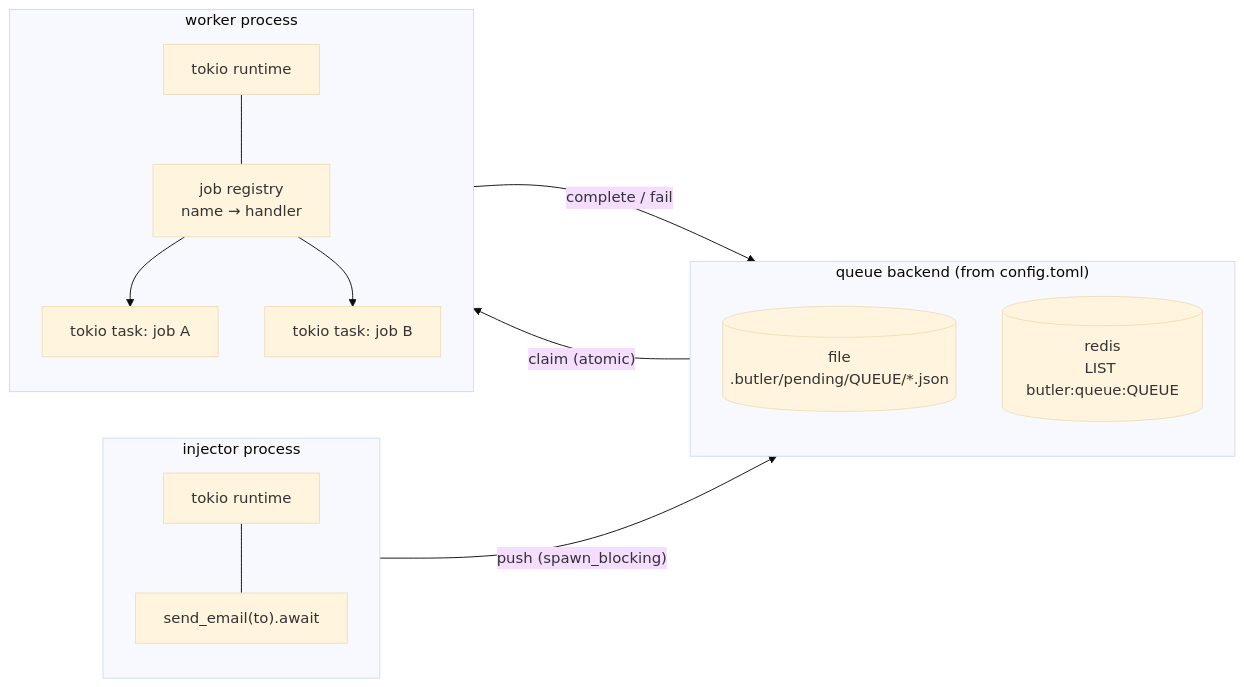
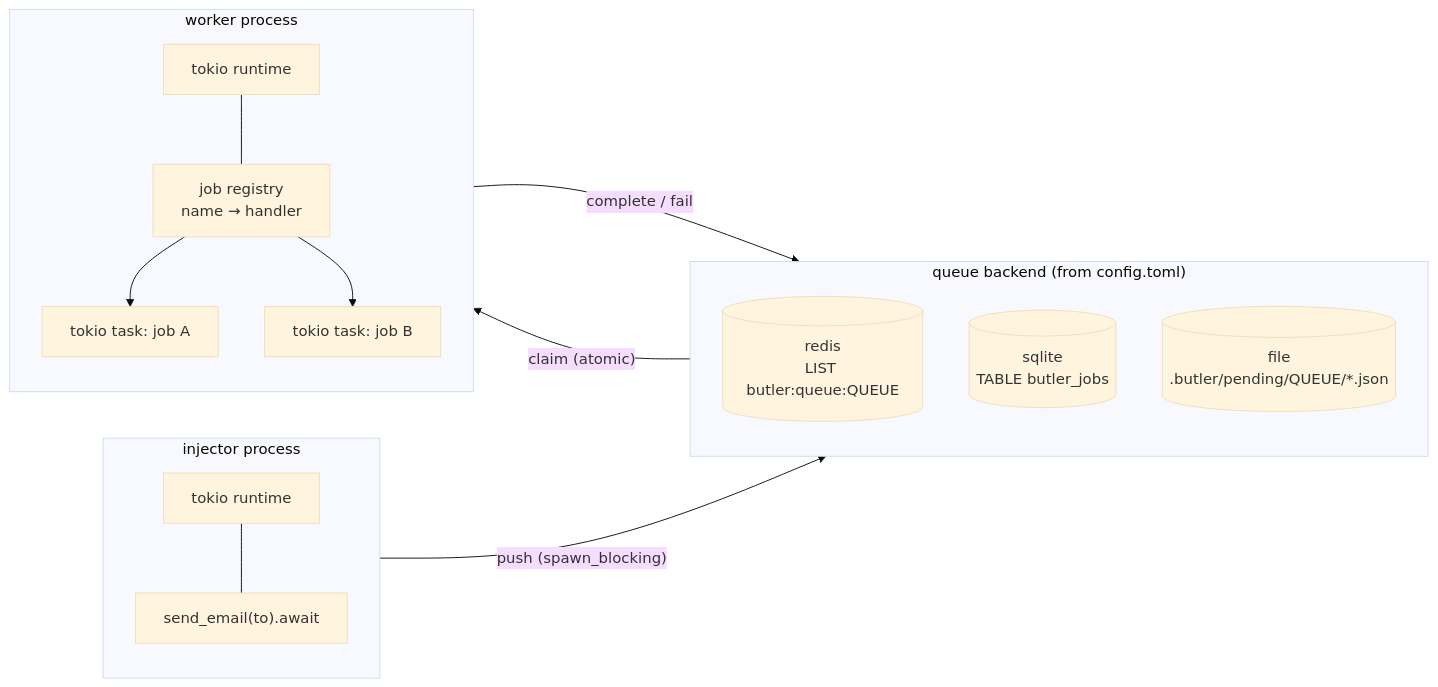
Before and after one commit to penso/butler: the third of 4 diagrams in README.md, drawn with Mermaid (base theme). The commit also changed other lines of this file and 39 other files, not shown here.

````diff
--- a/README.md
+++ b/README.md
@@ -172,30 +350,31 @@
 ```mermaid
 flowchart LR
     subgraph injector["injector process"]
         direction TB
         rt1["tokio runtime"]
         enqueue["send_email(to).await"]
         rt1 --- enqueue
     end
 
     subgraph backend["queue backend (from config.toml)"]
         direction TB
+        redis[("redis<br/>LIST butler:queue:QUEUE")]
+        sqlite[("sqlite<br/>TABLE butler_jobs")]
         file[("file<br/>.butler/pending/QUEUE/*.json")]
-        redis[("redis<br/>LIST butler:queue:QUEUE")]
     end
 
     subgraph worker["worker process"]
         direction TB
         rt2["tokio runtime"]
         reg["job registry<br/>name → handler"]
         task1["tokio task: job A"]
         task2["tokio task: job B"]
         rt2 --- reg
         reg --> task1
         reg --> task2
     end
 
     enqueue -- "push (spawn_blocking)" --> backend
     backend -- "claim (atomic)" --> worker
     worker -- "complete / fail" --> backend
 ```
````
